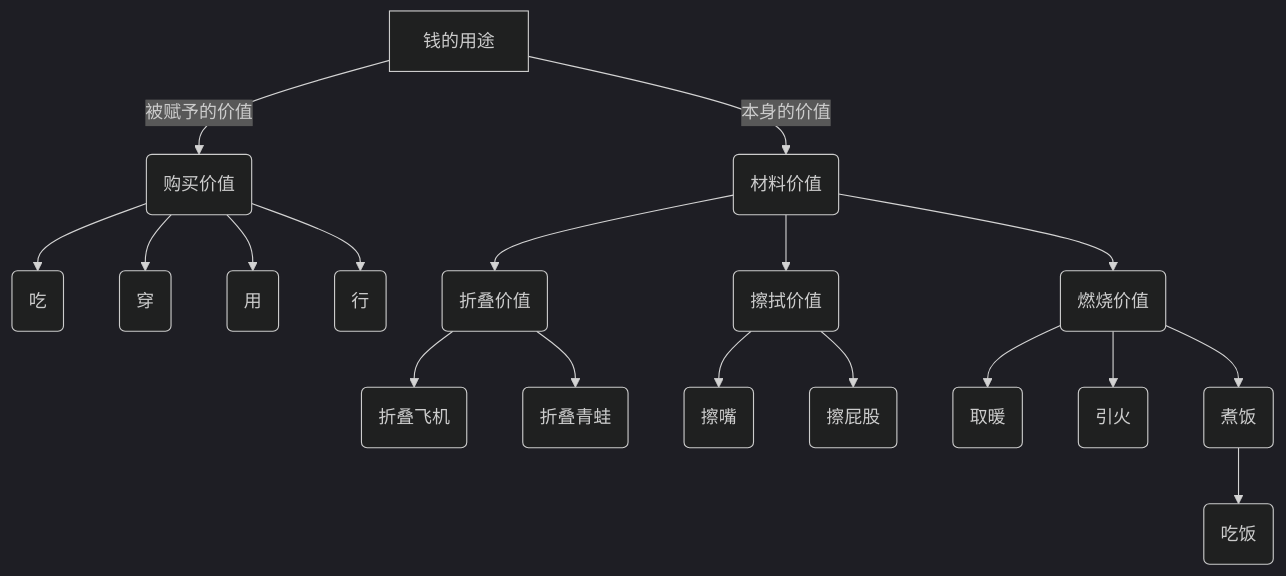
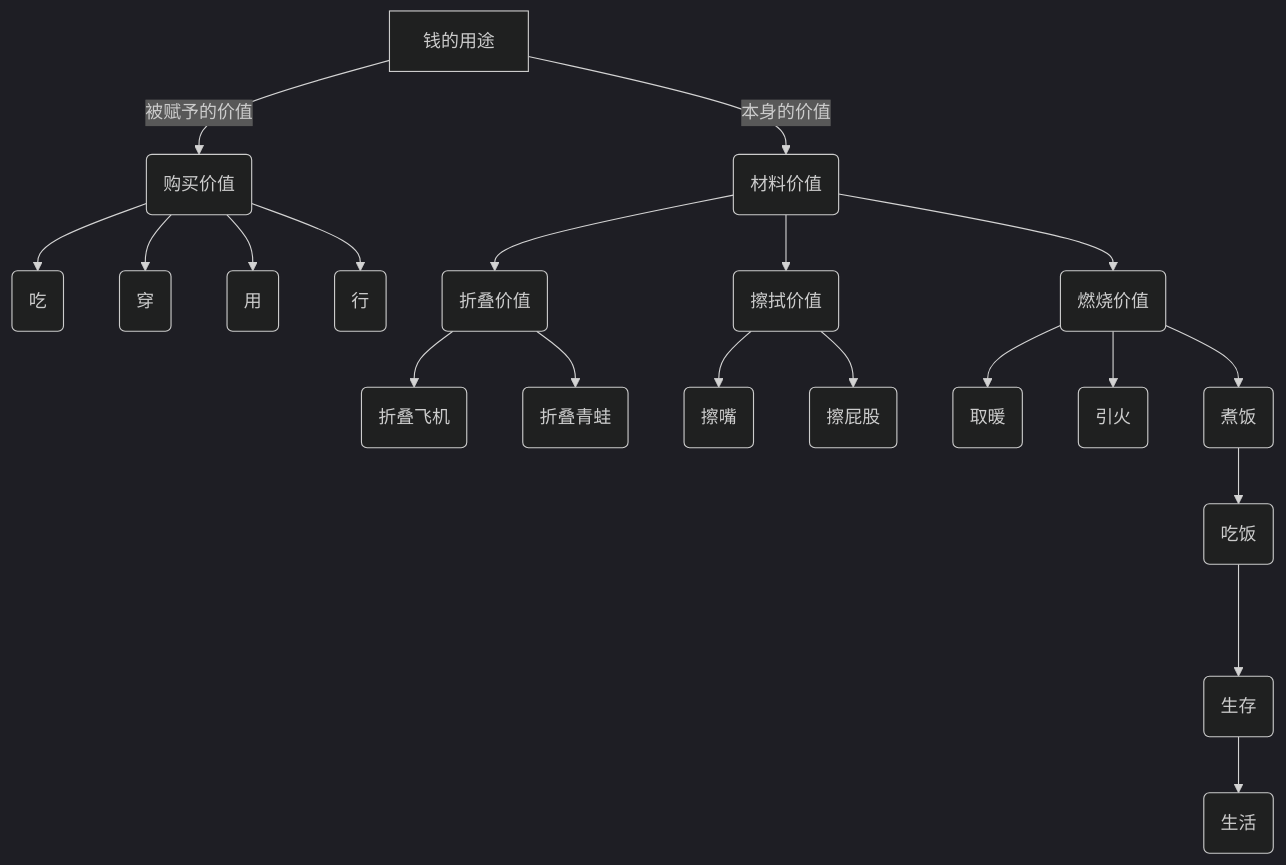
One commit to 1743294154/Project-Langfeng changed the diagram in 9.文档小正子/SiYuan笔记/编程/SiYuan笔记/读书笔记/七天学会思维导图.md. Above: the diagram before and after it, drawn with Mermaid (dark theme). The commit also changed other lines of this file and 6 other files, not shown here.

````diff
--- a/9.文档小正子/SiYuan笔记/编程/SiYuan笔记/读书笔记/七天学会思维导图.md
+++ b/9.文档小正子/SiYuan笔记/编程/SiYuan笔记/读书笔记/七天学会思维导图.md
@@ -31,19 +34,22 @@
 ```mermaid
 graph TD
 A[钱的用途] --被赋予的价值-->B(购买价值)-->D(吃)
 B-->E(穿)
 B-->F(用)
 B-->G(行)
 A--本身的价值-->c(材料价值)
 c-->d(折叠价值)-->e(折叠飞机)
 d-->f(折叠青蛙)
 c-->h(擦拭价值)-->i(擦嘴)
 h-->j(擦屁股)
 c-->k(燃烧价值)-->l(取暖)
 k-->m(引火)
 k-->n(煮饭)
-n-->9(吃饭)
+n-->o(吃饭)
+o-->p(生存)
+p-->q(生活)
+
 
 
 
 ```
````
